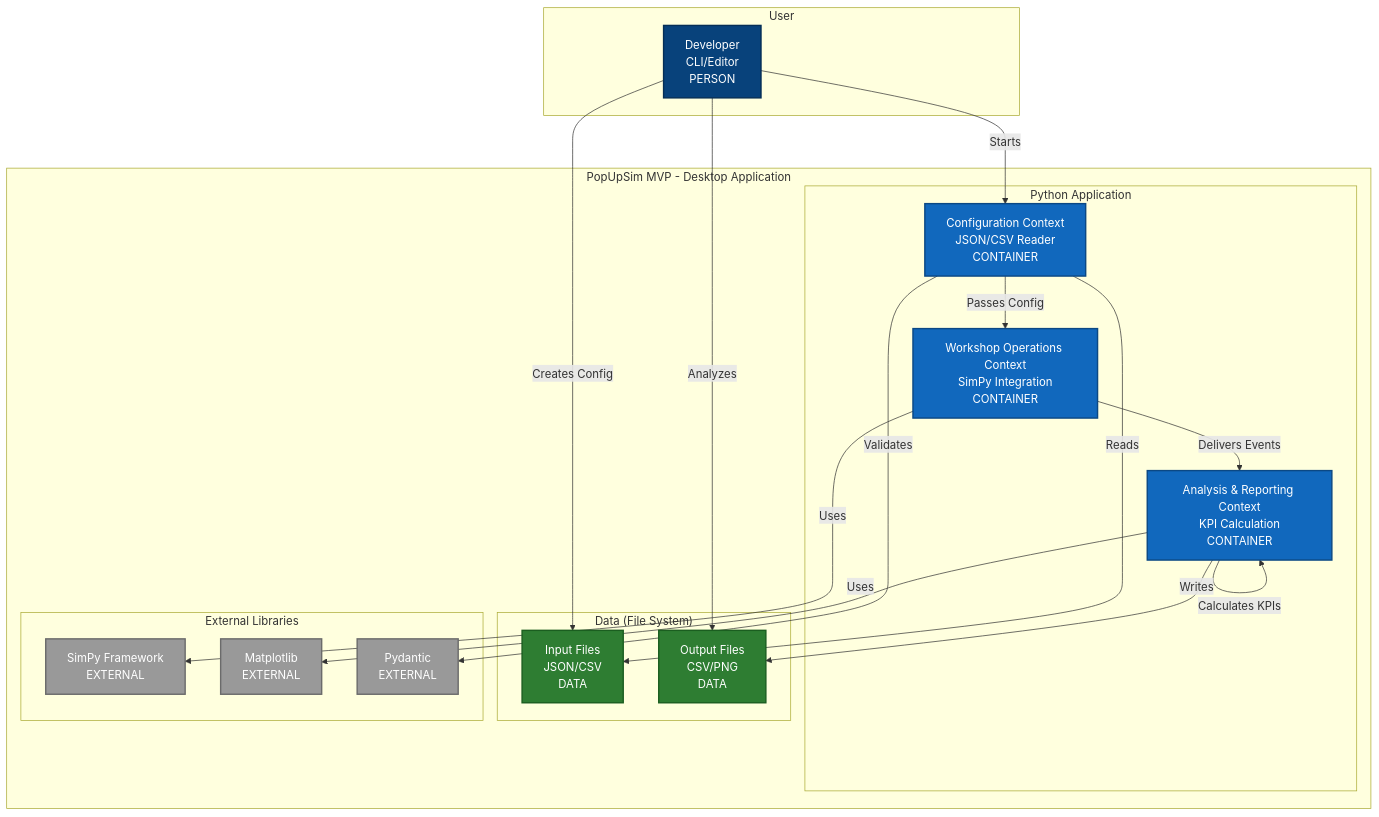
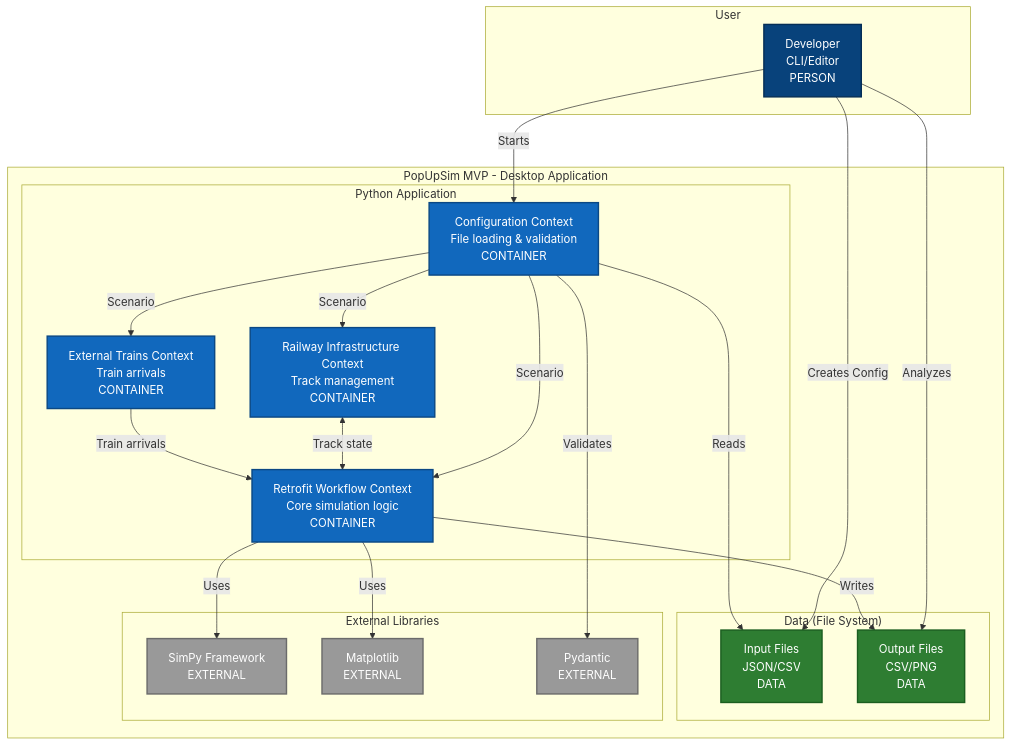
Before and after one commit to OpenRailAssociation/dac-migration-dss-popupsim: the second of 3 diagrams in docs/mvp/development/01-mvp-overview.md, drawn with Mermaid. The commit also changed 197 other files, not shown here.

````diff
--- a/docs/mvp/development/01-mvp-overview.md
+++ b/docs/mvp/development/01-mvp-overview.md
@@ -61,50 +61,52 @@
 ```mermaid
 graph TB
     subgraph "PopUpSim MVP - Desktop Application"
         subgraph "Python Application"
-            Setup[Configuration Context<br/>JSON/CSV Reader<br/>CONTAINER]
-            Core[Workshop Operations Context<br/>SimPy Integration<br/>CONTAINER]
-            Control[Analysis & Reporting Context<br/>KPI Calculation<br/>CONTAINER]
+            CFG[Configuration Context<br/>File loading & validation<br/>CONTAINER]
+            RWF[Retrofit Workflow Context<br/>Core simulation logic<br/>CONTAINER]
+            RLY[Railway Infrastructure Context<br/>Track management<br/>CONTAINER]
+            EXT[External Trains Context<br/>Train arrivals<br/>CONTAINER]
         end
 
         subgraph "Data (File System)"
             ConfigFiles[Input Files<br/>JSON/CSV<br/>DATA]
             ResultFiles[Output Files<br/>CSV/PNG<br/>DATA]
         end
 
         subgraph "External Libraries"
             SimPy[SimPy Framework<br/>EXTERNAL]
             Matplotlib[Matplotlib<br/>EXTERNAL]
             Pydantic[Pydantic<br/>EXTERNAL]
         end
     end
 
     subgraph "User"
         Developer[Developer<br/>CLI/Editor<br/>PERSON]
     end
 
     Developer -->|Creates Config| ConfigFiles
-    Developer -->|Starts| Setup
+    Developer -->|Starts| CFG
     Developer -->|Analyzes| ResultFiles
 
-    Setup -->|Reads| ConfigFiles
-    Setup -->|Validates| Pydantic
-    Setup -->|Passes Config| Core
+    CFG -->|Reads| ConfigFiles
+    CFG -->|Validates| Pydantic
+    CFG -->|Scenario| RWF
+    CFG -->|Scenario| RLY
+    CFG -->|Scenario| EXT
 
-    Core -->|Uses| SimPy
-    Core -->|Delivers Events| Control
-
-    Control -->|Calculates KPIs| Control
-    Control -->|Uses| Matplotlib
-    Control -->|Writes| ResultFiles
+    RLY <-->|Track state| RWF
+    EXT -->|Train arrivals| RWF
+    RWF -->|Uses| SimPy
+    RWF -->|Uses| Matplotlib
+    RWF -->|Writes| ResultFiles
 
     classDef container fill:#1168bd,stroke:#0b4884,stroke-width:2px,color:#fff
     classDef data fill:#2e7d32,stroke:#1b5e20,stroke-width:2px,color:#fff
     classDef external fill:#999999,stroke:#6b6b6b,stroke-width:2px,color:#fff
     classDef person fill:#08427b,stroke:#052e56,stroke-width:2px,color:#fff
 
-    class Setup,Core,Control,Output container
+    class CFG,RWF,RLY,EXT container
     class ConfigFiles,ResultFiles data
     class SimPy,Matplotlib,Pydantic external
     class Developer person
 ```
````
